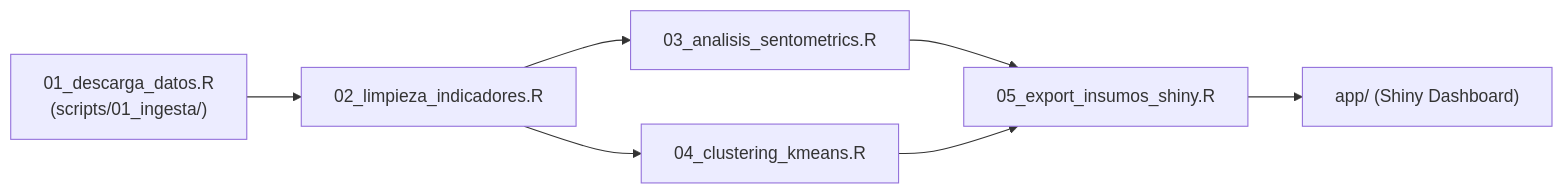
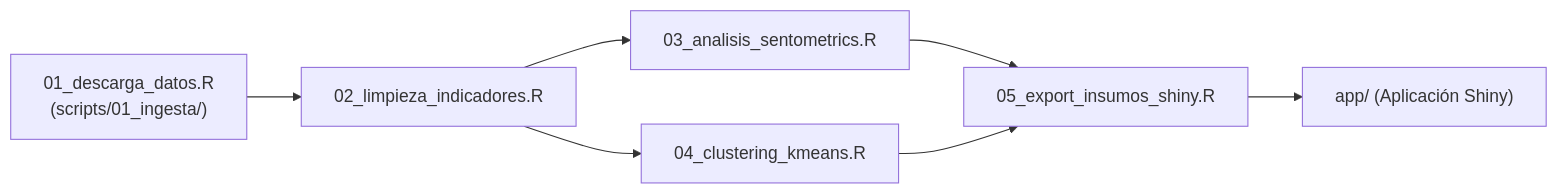
One commit to juanjo-edm/Repo_Entrega_Final_Taller_R changed the diagram in scripts/README.md. Above: the diagram before and after it, drawn with Mermaid. The commit also changed other lines of this file and 7 other files, not shown here.

Commit message:
docs: simplificar y humanizar lenguaje de todos los READMEs preservando diagramas Mermaid y enlaces

````diff
--- a/scripts/README.md
+++ b/scripts/README.md
@@ -16,9 +16,9 @@
 ```mermaid
 flowchart LR
     A["01_descarga_datos.R<br/>(scripts/01_ingesta/)"] --> B["02_limpieza_indicadores.R"]
     B --> C["03_analisis_sentometrics.R"]
     B --> D["04_clustering_kmeans.R"]
     C --> E["05_export_insumos_shiny.R"]
     D --> E
-    E --> F["app/ (Shiny Dashboard)"]
+    E --> F["app/ (Aplicación Shiny)"]
 ```
````
